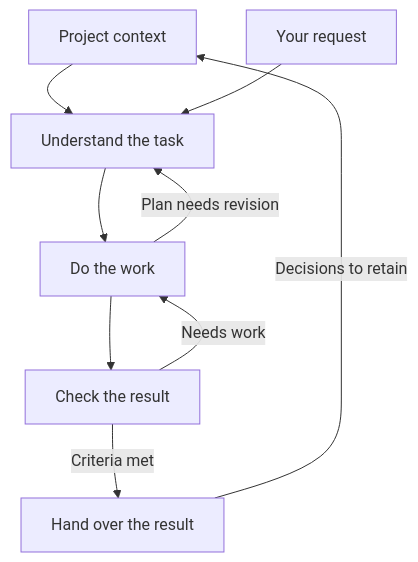
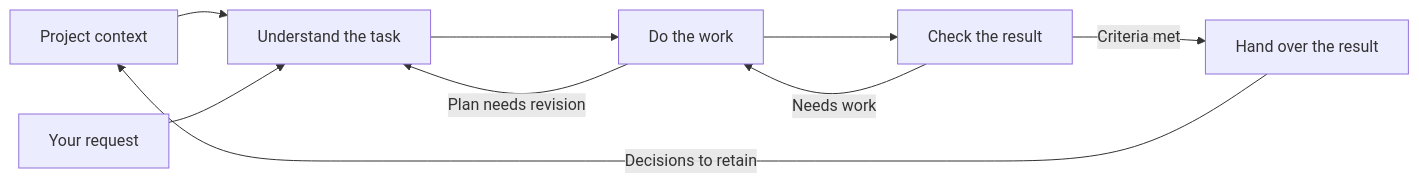
The diagram in README.md (Rckov/contour), drawn with Mermaid before and after one commit. The commit also changed other lines of this file and 32 other files, not shown here.

````diff
--- a/README.md
+++ b/README.md
@@ -20,11 +20,11 @@
 ```mermaid
-flowchart TD
+flowchart LR
     P["Project context"] --> B["Understand the task"]
     Q["Your request"] --> B
     B --> A["Do the work"]
     A --> C["Check the result"]
     C -->|Needs work| A
     A -->|Plan needs revision| B
     C -->|Criteria met| H["Hand over the result"]
     H -->|Decisions to retain| P
 ```
````
